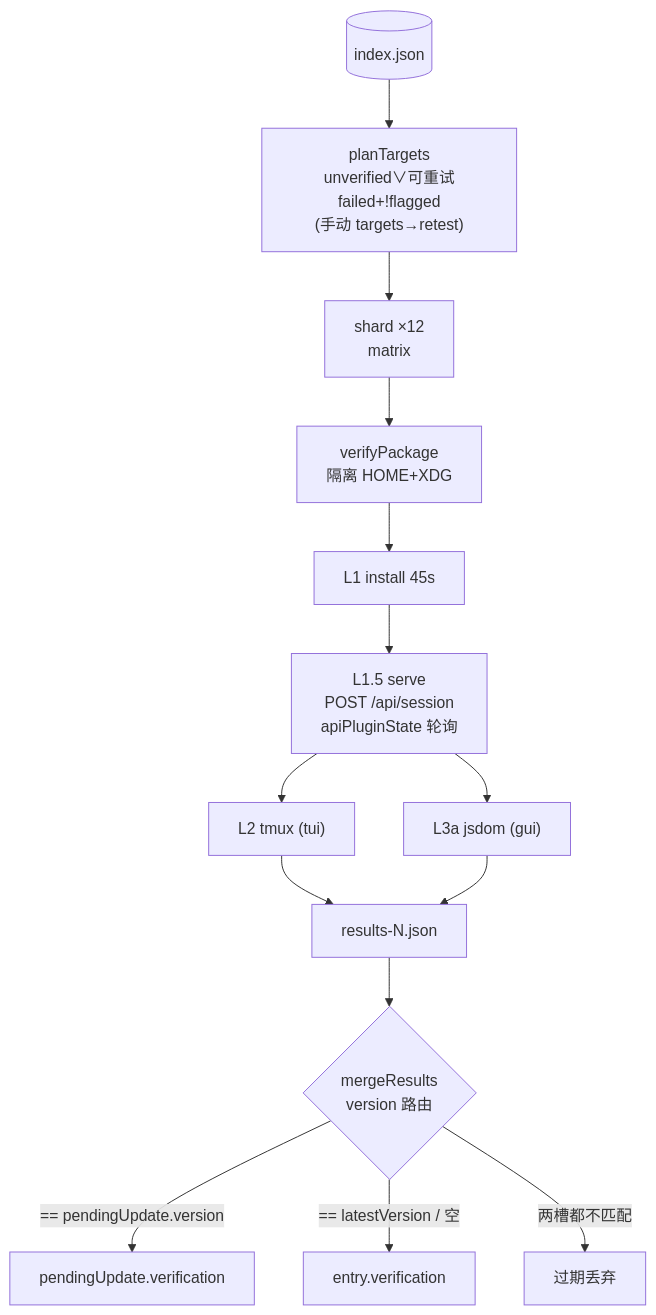
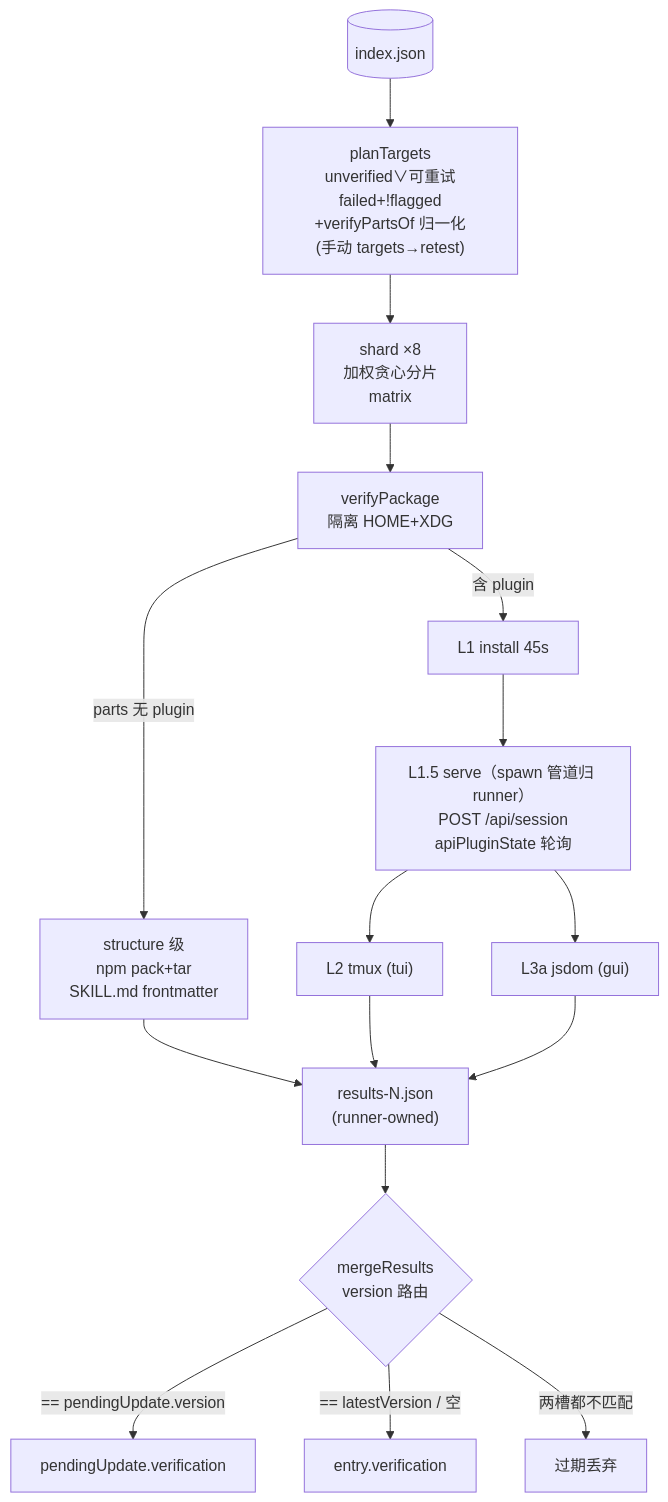
Before and after one commit to awesome-market/awesome-opencode-market: the fourth of 11 diagrams in docs/DATA-FLOWS.md, drawn with Mermaid. The commit also changed other lines of this file and 14 other files, not shown here.

First line of the commit message:
feat(verify): skill-payload structure checks + plan/merge shell hardening (V-P…V-T)

````diff
--- a/docs/DATA-FLOWS.md
+++ b/docs/DATA-FLOWS.md
@@ -322,16 +322,18 @@
 ```mermaid
 flowchart TB
-  IDX[("index.json")] --> P["planTargets<br/>unverified∨可重试failed+!flagged<br/>(手动 targets→retest)"]
-  P --> SH["shard ×12<br/>matrix"]
+  IDX[("index.json")] --> P["planTargets<br/>unverified∨可重试failed+!flagged<br/>+verifyPartsOf 归一化<br/>(手动 targets→retest)"]
+  P --> SH["shard ×8<br/>加权贪心分片<br/>matrix"]
   SH --> VP["verifyPackage<br/>隔离 HOME+XDG"]
-  VP --> L1["L1 install 45s"]
-  L1 --> L15["L1.5 serve<br/>POST /api/session<br/>apiPluginState 轮询"]
+  VP -->|"parts 无 plugin"| ST["structure 级<br/>npm pack+tar<br/>SKILL.md frontmatter"]
+  VP -->|"含 plugin"| L1["L1 install 45s"]
+  ST --> RS
+  L1 --> L15["L1.5 serve（spawn 管道归 runner）<br/>POST /api/session<br/>apiPluginState 轮询"]
   L15 --> L2["L2 tmux (tui)"]
   L15 --> L3["L3a jsdom (gui)"]
-  L2 --> RS["results-N.json"]
+  L2 --> RS["results-N.json<br/>(runner-owned)"]
   L3 --> RS
   RS --> M{"mergeResults<br/>version 路由"}
   M -->|"== pendingUpdate.version"| PUS["pendingUpdate.verification"]
   M -->|"== latestVersion / 空"| DVS["entry.verification"]
   M -->|"两槽都不匹配"| DR["过期丢弃"]
 ```
````
